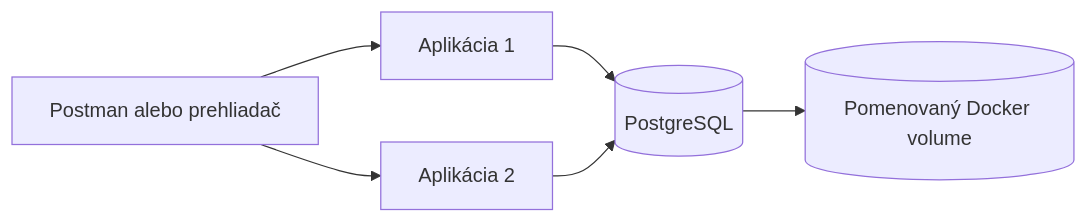
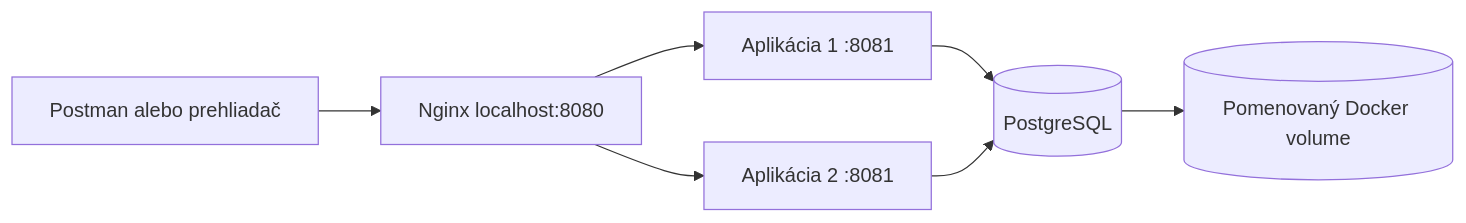
One commit to ViktorBarczi/Java-Spring-Boot-Assignment changed the diagram in DOCKER-ZADANIE.md. Above: the diagram before and after it, drawn with Mermaid. The commit also changed other lines of this file and 6 other files, not shown here.

````diff
--- a/DOCKER-ZADANIE.md
+++ b/DOCKER-ZADANIE.md
@@ -7,8 +7,9 @@
 ```mermaid
 flowchart LR
-    client[Postman alebo prehliadač] --> app1[Aplikácia 1]
-    client --> app2[Aplikácia 2]
+    client[Postman alebo prehliadač] --> nginx[Nginx localhost:8080]
+    nginx --> app1[Aplikácia 1 :8081]
+    nginx --> app2[Aplikácia 2 :8081]
     app1 --> db[(PostgreSQL)]
     app2 --> db
     db --> volume[(Pomenovaný Docker volume)]
 ```
````
